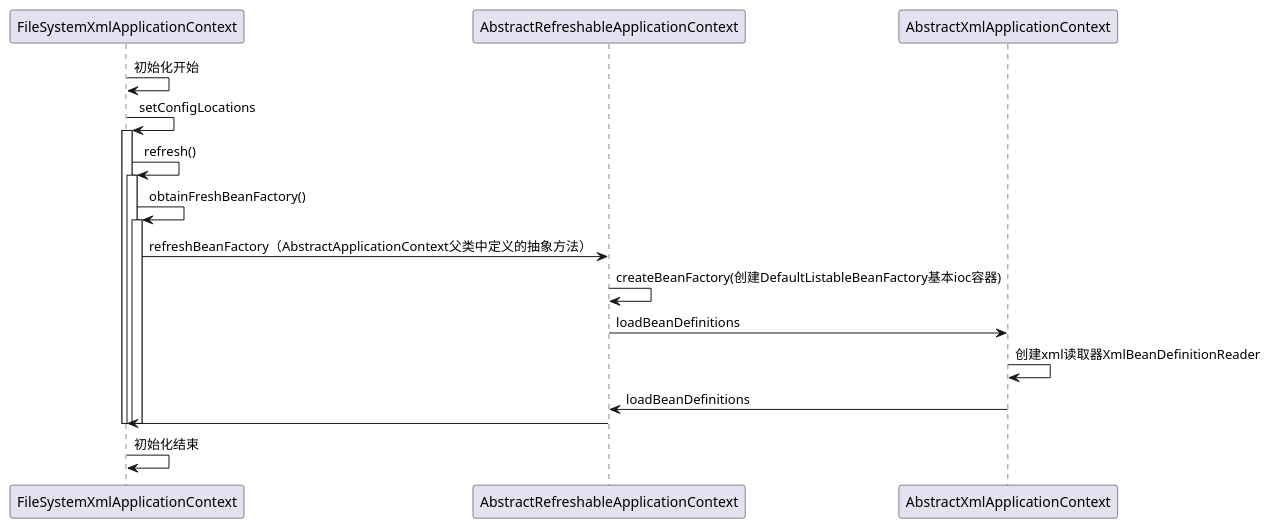
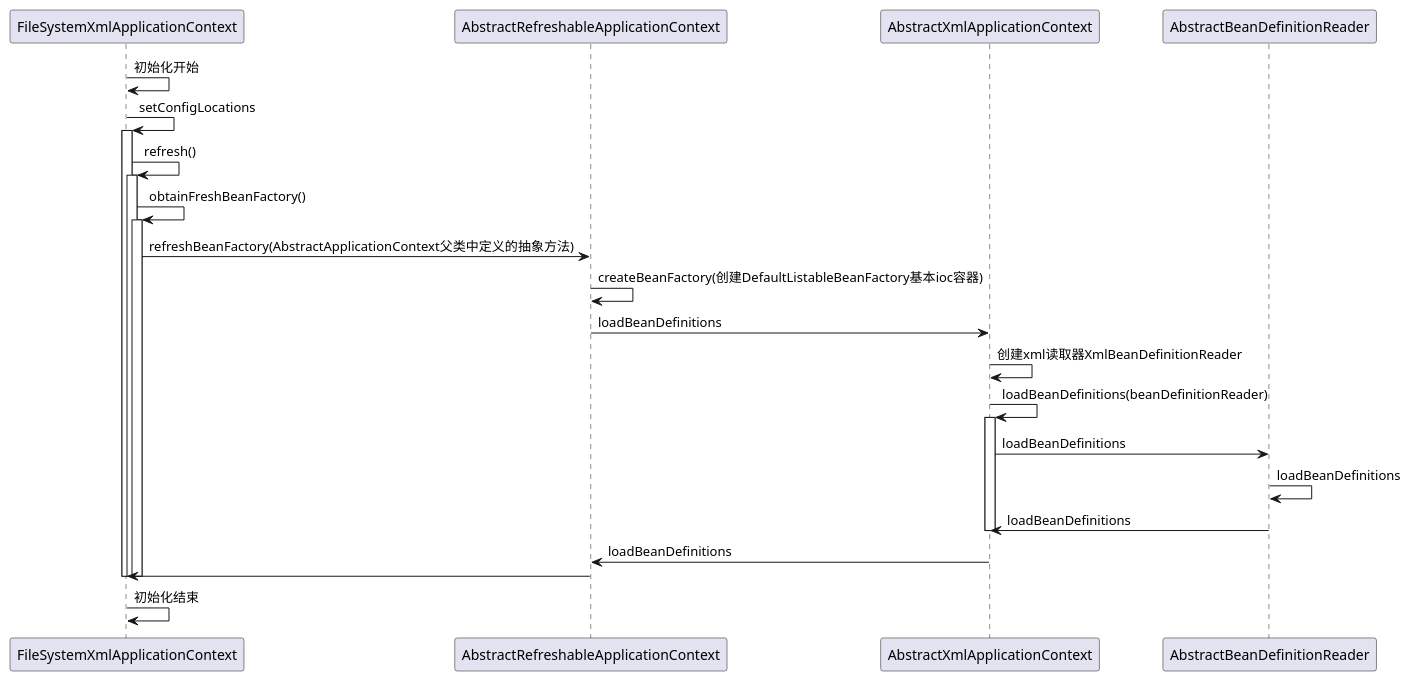
The diagram in doc/BeanDefinitionResource定位.puml (chujun/spring-framework), drawn with PlantUML before and after one commit.

Commit message:
AbstractBeanDefinitionReader import

```diff
--- a/doc/BeanDefinitionResource定位.puml
+++ b/doc/BeanDefinitionResource定位.puml
@@ -1,26 +1,33 @@
 @startuml
 participant FileSystemXmlApplicationContext as main
 participant AbstractRefreshableApplicationContext as AbsRefContext
 participant AbstractXmlApplicationContext as absXmlContext
+participant AbstractBeanDefinitionReader as absReader
 main ->main : 初始化开始
 main -> main :setConfigLocations
 activate main
 main -> main: refresh()
 activate main
 main -> main: obtainFreshBeanFactory()
 activate main
 
 
-main -> AbsRefContext: refreshBeanFactory（AbstractApplicationContext父类中定义的抽象方法）
+main -> AbsRefContext: refreshBeanFactory(AbstractApplicationContext父类中定义的抽象方法)
 AbsRefContext->AbsRefContext:createBeanFactory(创建DefaultListableBeanFactory基本ioc容器)
 AbsRefContext -> absXmlContext:loadBeanDefinitions
 absXmlContext->absXmlContext:创建xml读取器XmlBeanDefinitionReader
+absXmlContext->absXmlContext:loadBeanDefinitions(beanDefinitionReader)
+activate absXmlContext
+absXmlContext->absReader :loadBeanDefinitions
+absReader -> absReader :loadBeanDefinitions
+absReader->absXmlContext :loadBeanDefinitions
+deactivate absXmlContext
 absXmlContext -> AbsRefContext:loadBeanDefinitions
 AbsRefContext -> main:
 
 
 deactivate main
 deactivate main
 deactivate main
 main ->main : 初始化结束
 @enduml
```
